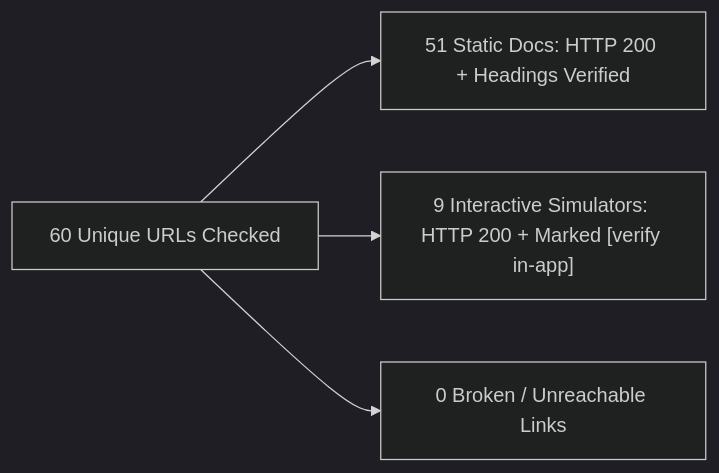
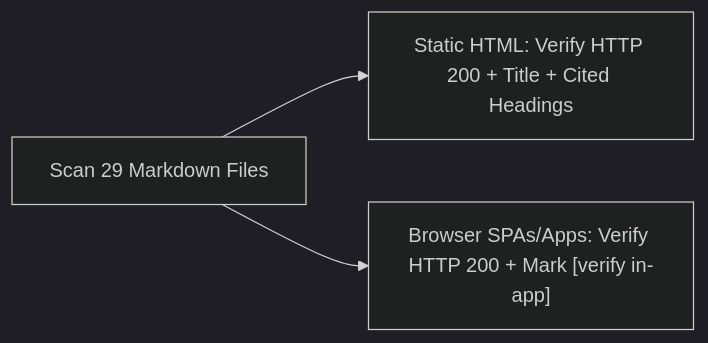
The diagram in LINK_REPORT.md (TLE47/Mechatronics-Roadmap), drawn with Mermaid (dark theme) before and after one commit. The commit also changed other lines of this file and 58 other files, not shown here.

````diff
--- a/LINK_REPORT.md
+++ b/LINK_REPORT.md
@@ -3,6 +5,5 @@
 ```mermaid
 flowchart LR
-    Total["60 Unique URLs Checked"] --> Static["51 Static Docs: HTTP 200 + Headings Verified"]
-    Total --> InApp["9 Interactive Simulators: HTTP 200 + Marked [verify in-app]"]
-    Total --> Failed["0 Broken / Unreachable Links"]
+    Scan["Scan 29 Markdown Files"] --> Static["Static HTML: Verify HTTP 200 + Title + Cited Headings"]
+    Scan --> SPA["Browser SPAs/Apps: Verify HTTP 200 + Mark [verify in-app]"]
 ```
````
